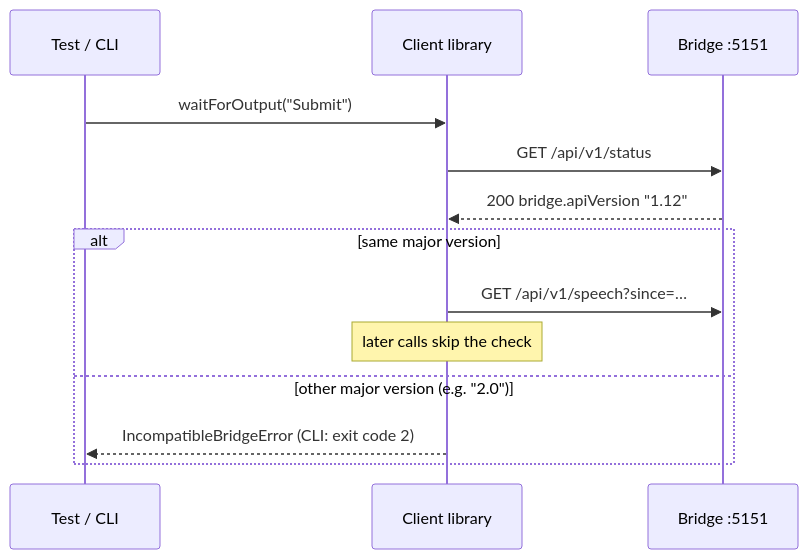
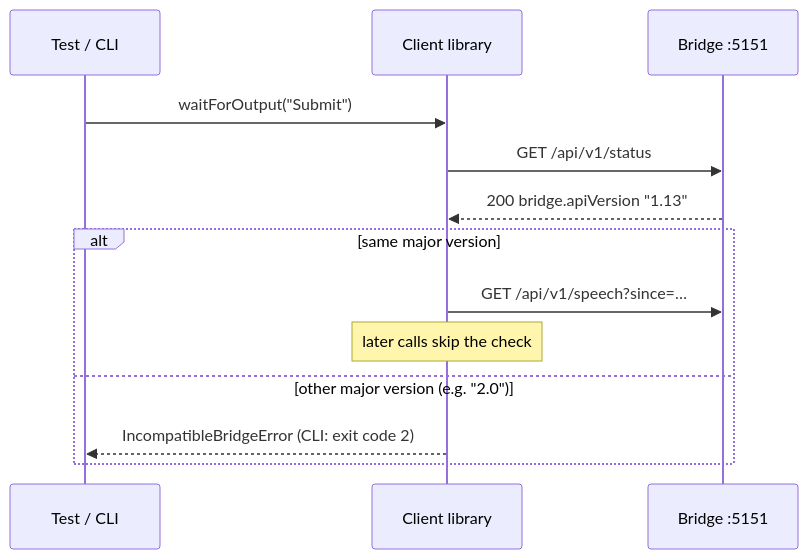
The tenth of 10 diagrams in docs/usage/flows/http.md (TimoSto/screenreader-speech-capture), drawn with Mermaid before and after one commit. The commit also changed other lines of this file and 52 other files, not shown here.

````diff
--- a/docs/usage/flows/http.md
+++ b/docs/usage/flows/http.md
@@ -208,16 +207,16 @@
 ```mermaid
 sequenceDiagram
     participant T as Test / CLI
     participant C as Client library
     participant B as Bridge :5151
 
     T->>C: waitForOutput("Submit")
     C->>B: GET /api/v1/status
-    B-->>C: 200 bridge.apiVersion "1.12"
+    B-->>C: 200 bridge.apiVersion "1.13"
     alt same major version
         C->>B: GET /api/v1/speech?since=…
         Note over C: later calls skip the check
     else other major version (e.g. "2.0")
         C-->>T: IncompatibleBridgeError (CLI: exit code 2)
     end
 ```
````
